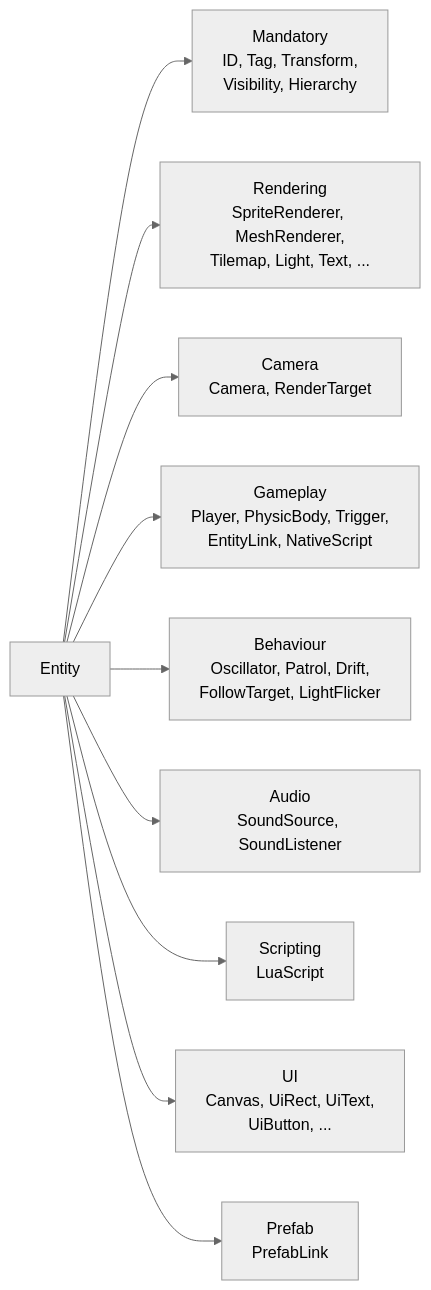
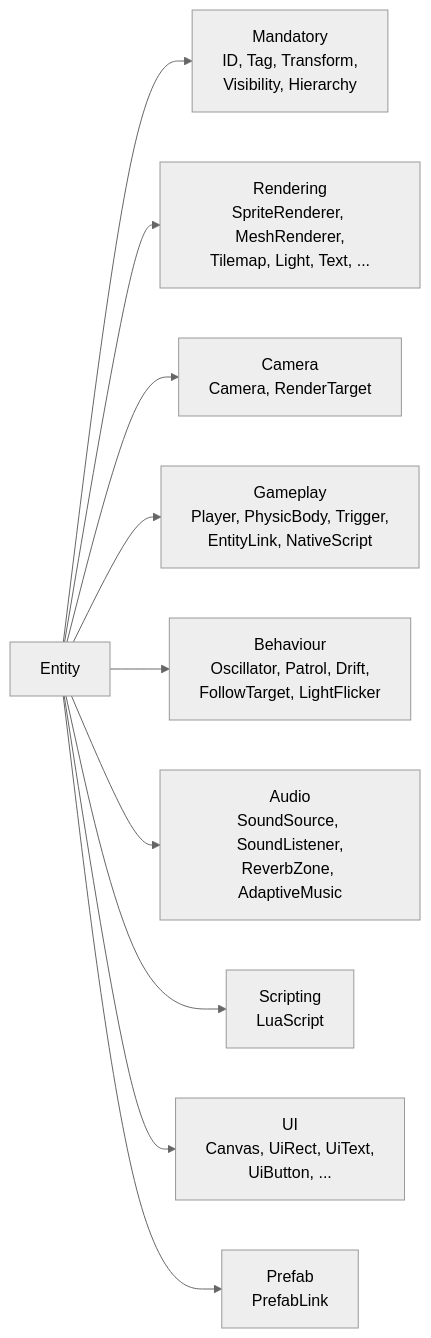
The third of 7 diagrams in doc/pages/scene.md (Silmaen/Owl), drawn with Mermaid (neutral theme) before and after one commit. The commit also changed other lines of this file and 109 other files, not shown here.

````diff
--- a/doc/pages/scene.md
+++ b/doc/pages/scene.md
@@ -175,12 +175,12 @@
 ```mermaid
 flowchart LR
     E[Entity] --> M["Mandatory<br/>ID, Tag, Transform,<br/>Visibility, Hierarchy"]
     E --> R["Rendering<br/>SpriteRenderer, MeshRenderer,<br/>Tilemap, Light, Text, ..."]
     E --> C["Camera<br/>Camera, RenderTarget"]
     E --> G["Gameplay<br/>Player, PhysicBody, Trigger,<br/>EntityLink, NativeScript"]
     E --> B["Behaviour<br/>Oscillator, Patrol, Drift,<br/>FollowTarget, LightFlicker"]
-    E --> A["Audio<br/>SoundSource, SoundListener"]
+    E --> A["Audio<br/>SoundSource, SoundListener,<br/>ReverbZone, AdaptiveMusic"]
     E --> S["Scripting<br/>LuaScript"]
     E --> U["UI<br/>Canvas, UiRect, UiText,<br/>UiButton, ..."]
     E --> P["Prefab<br/>PrefabLink"]
 ```
````
